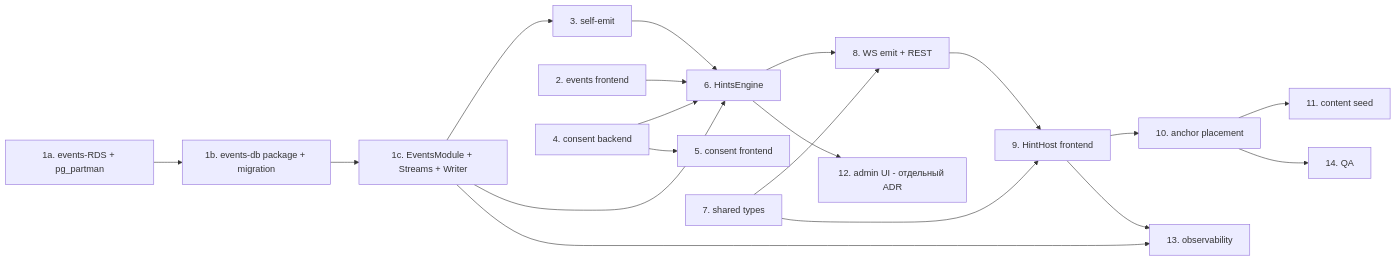
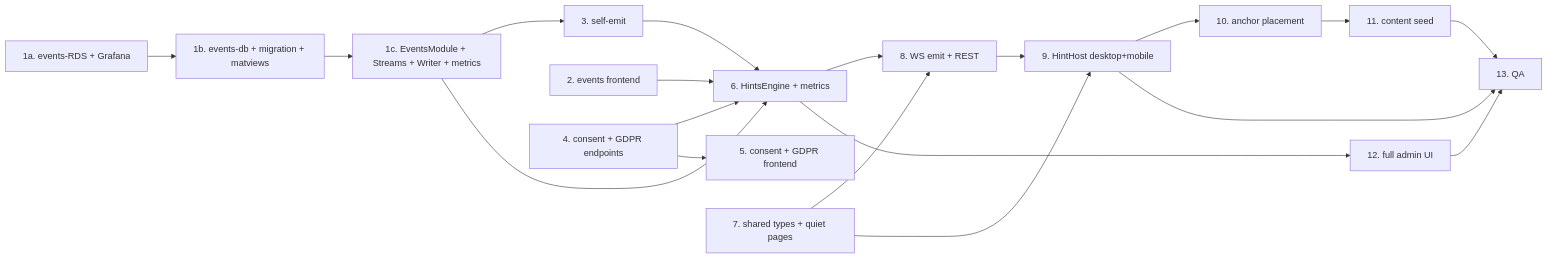
One commit to StasPiv/kingside changed the third of 3 diagrams in docs/adr/147-contextual-hints.md. Above: the diagram before and after it, drawn with Mermaid. The commit also changed other lines of this file, not shown here.

Commit message:
docs(adr-147): аудит «упрощений на потом» — все компоненты в полном виде с MVP (admin UI, mobile bottom-sheet, GDPR endpoints, observability, конфигурируемые лимиты, i18n) (KS-4678)

````diff
--- a/docs/adr/147-contextual-hints.md
+++ b/docs/adr/147-contextual-hints.md
@@ -572,21 +620,21 @@
 ```mermaid
 graph LR
-  T1A[1a. events-RDS + pg_partman] --> T1B[1b. events-db package + migration]
-  T1B --> T1C[1c. EventsModule + Streams + Writer]
+  T1A[1a. events-RDS + Grafana] --> T1B[1b. events-db + migration + matviews]
+  T1B --> T1C[1c. EventsModule + Streams + Writer + metrics]
   T1C --> T3[3. self-emit]
-  T1C --> T6[6. HintsEngine]
+  T1C --> T6[6. HintsEngine + metrics]
   T2[2. events frontend] --> T6
   T3 --> T6
-  T4[4. consent backend] --> T6
-  T4 --> T5[5. consent frontend]
+  T4[4. consent + GDPR endpoints] --> T6
+  T4 --> T5[5. consent + GDPR frontend]
   T6 --> T8[8. WS emit + REST]
-  T7[7. shared types] --> T8
-  T7 --> T9[9. HintHost frontend]
+  T7[7. shared types + quiet pages] --> T8
+  T7 --> T9[9. HintHost desktop+mobile]
   T8 --> T9
   T9 --> T10[10. anchor placement]
   T10 --> T11[11. content seed]
-  T10 --> T14[14. QA]
-  T6 --> T12[12. admin UI - отдельный ADR]
-  T1C --> T13[13. observability]
+  T6 --> T12[12. full admin UI]
+  T11 --> T13[13. QA]
+  T12 --> T13
   T9 --> T13
 ```
````
